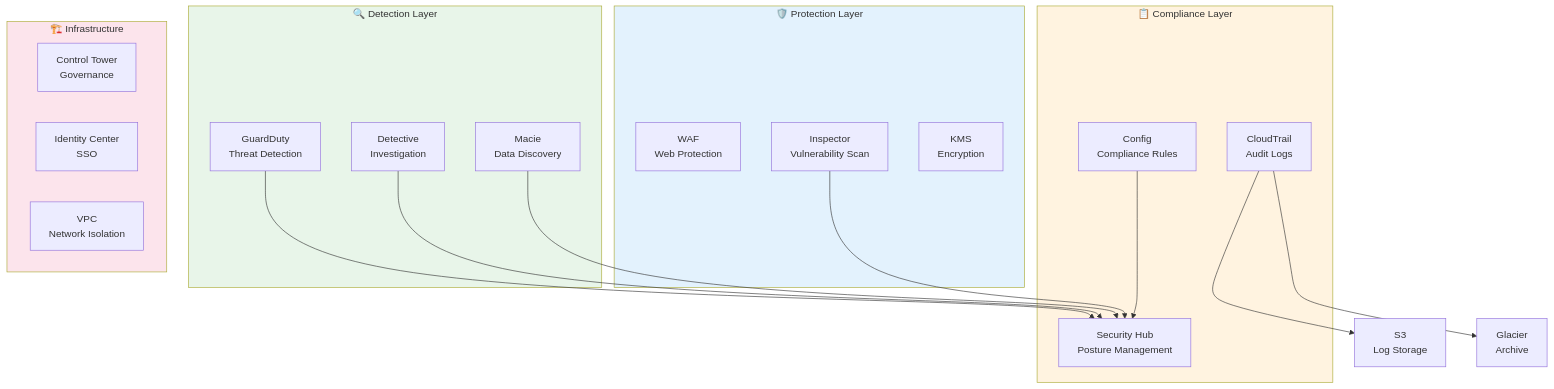
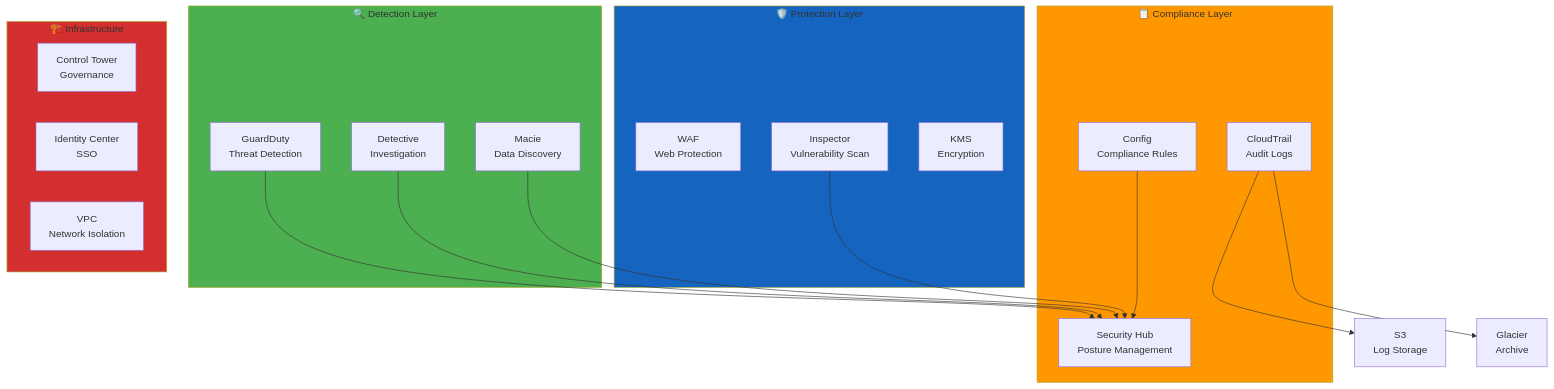
The third of 8 diagrams in Asset_Register.md (Hack23/ISMS-PUBLIC), drawn with Mermaid before and after one commit. The commit also changed other lines of this file and 35 other files, not shown here.

````diff
--- a/Asset_Register.md
+++ b/Asset_Register.md
@@ -272,39 +289,39 @@
 ```mermaid
 graph TB
     subgraph Detection["🔍 Detection Layer"]
         GD[GuardDuty<br/>Threat Detection]
         DT[Detective<br/>Investigation]
         MC[Macie<br/>Data Discovery]
     end
     
     subgraph Protection["🛡️ Protection Layer"]
         WAF[WAF<br/>Web Protection]
         IN[Inspector<br/>Vulnerability Scan]
         KMS[KMS<br/>Encryption]
     end
     
     subgraph Compliance["📋 Compliance Layer"]
         SH[Security Hub<br/>Posture Management]
         CFG[Config<br/>Compliance Rules]
         CT[CloudTrail<br/>Audit Logs]
     end
     
     subgraph Infrastructure["🏗️ Infrastructure"]
         CT_ORG[Control Tower<br/>Governance]
         IDC[Identity Center<br/>SSO]
         VPC[VPC<br/>Network Isolation]
     end
     
     GD --> SH
     DT --> SH
     MC --> SH
     IN --> SH
     CFG --> SH
     CT --> S3[S3<br/>Log Storage]
     CT --> GL[Glacier<br/>Archive]
     
-    style Detection fill:#e8f5e9
-    style Protection fill:#e3f2fd
-    style Compliance fill:#fff3e0
-    style Infrastructure fill:#fce4ec
+    style Detection fill:#4CAF50
+    style Protection fill:#1565C0
+    style Compliance fill:#FF9800
+    style Infrastructure fill:#D32F2F
 ```
````
